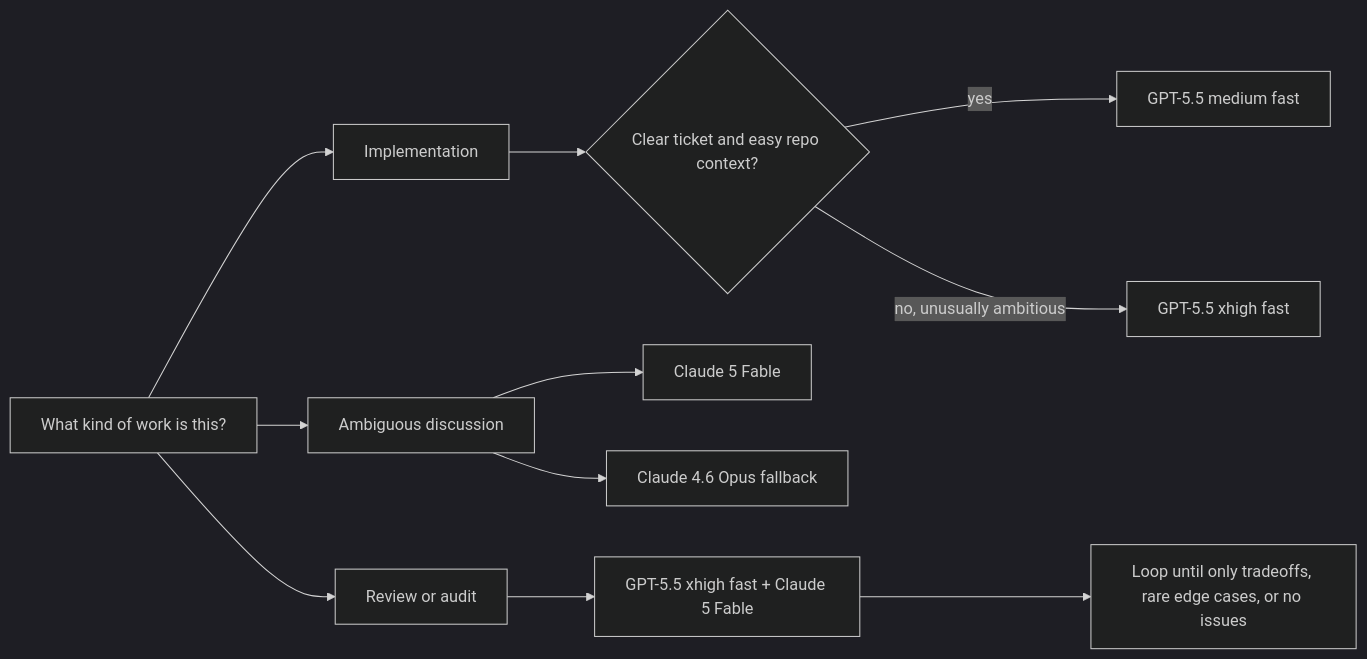
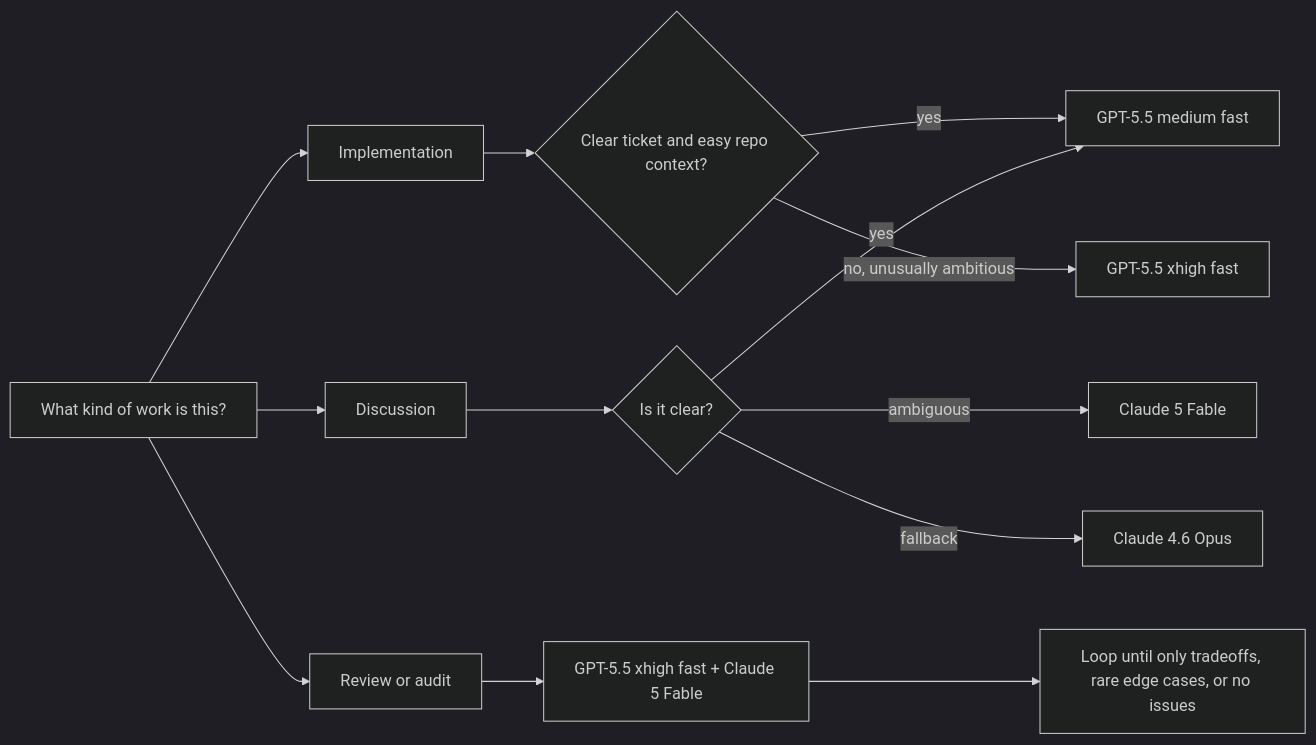
Before and after one commit to dcouple/skills: the second of 3 diagrams in README.md, drawn with Mermaid (dark theme).

Commit message:
docs: refine discussion model routing

````diff
--- a/README.md
+++ b/README.md
@@ -101,16 +101,18 @@
 ```mermaid
 flowchart LR
   Task[What kind of work is this?] --> Impl[Implementation]
-  Task --> Disc[Ambiguous discussion]
+  Task --> Disc[Discussion]
   Task --> Rev[Review or audit]
 
   Impl --> Clear{Clear ticket and easy repo context?}
   Clear -->|yes| Med[GPT-5.5 medium fast]
   Clear -->|no, unusually ambitious| XHigh[GPT-5.5 xhigh fast]
 
-  Disc --> Fable[Claude 5 Fable]
-  Disc --> Opus[Claude 4.6 Opus fallback]
+  Disc --> ClearDisc{Is it clear?}
+  ClearDisc -->|yes| Med
+  ClearDisc -->|ambiguous| Fable[Claude 5 Fable]
+  ClearDisc -->|fallback| Opus[Claude 4.6 Opus]
 
   Rev --> Strong[GPT-5.5 xhigh fast + Claude 5 Fable]
   Strong --> Loop[Loop until only tradeoffs, rare edge cases, or no issues]
 ```
````
